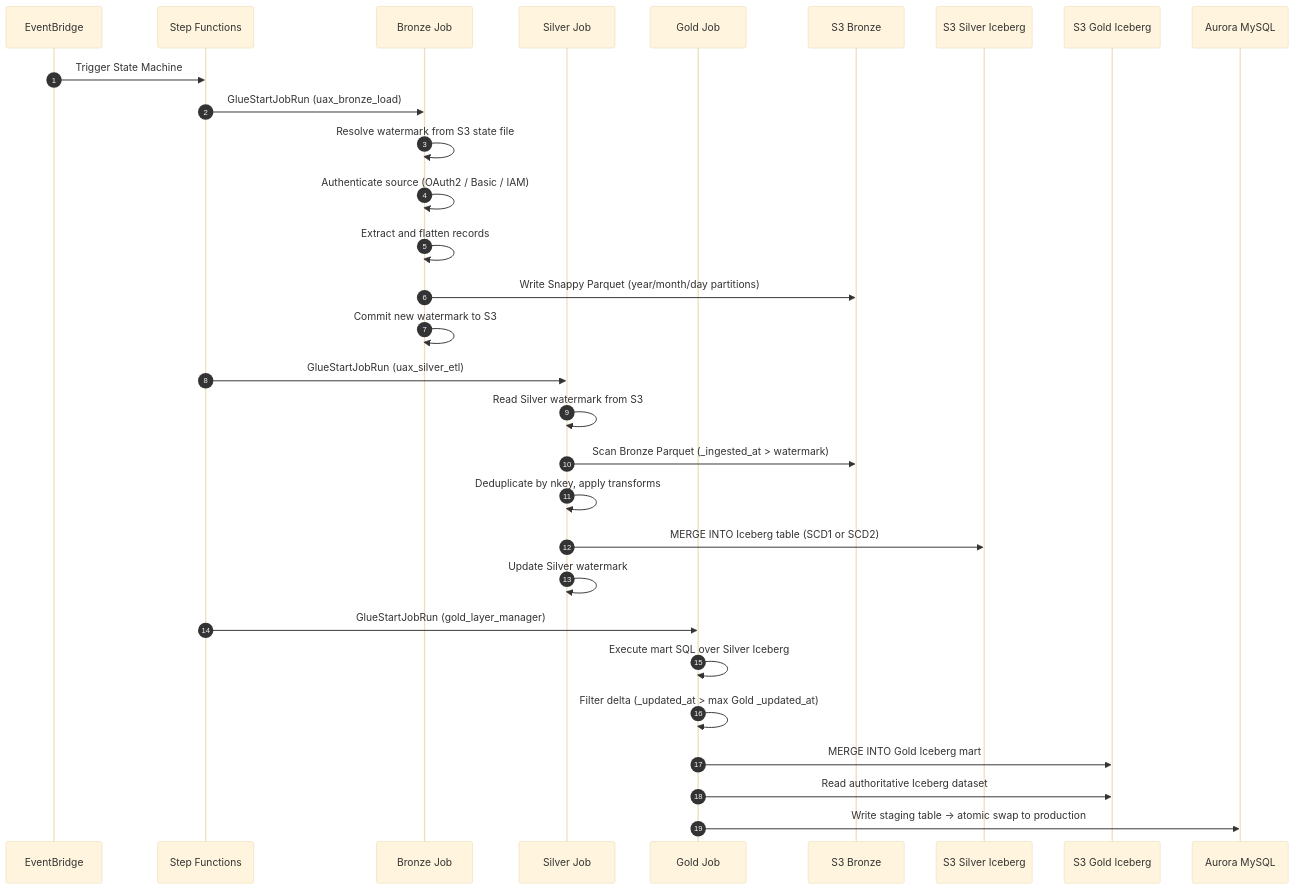
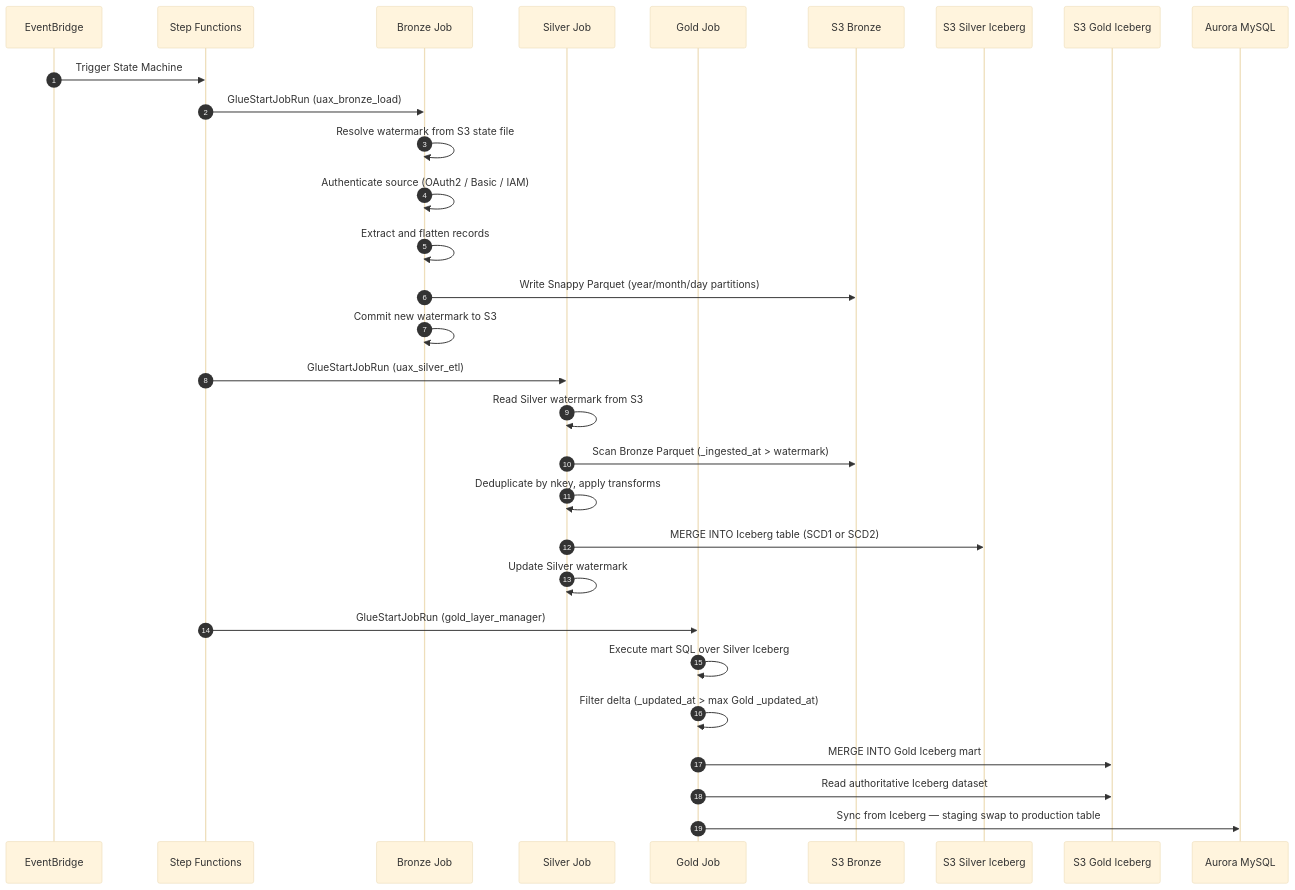
The second of 2 diagrams in docs/ARCHITECTURE.md (Nilkamal-m/Data-pipeline), drawn with Mermaid (base theme) before and after one commit. The commit also changed other lines of this file and 4 other files, not shown here.

First line of the commit message:
docs: fix gold flow, add max_target_partitions, correct is_current/is_deleted to Y/N strings

````diff
--- a/docs/ARCHITECTURE.md
+++ b/docs/ARCHITECTURE.md
@@ -132,35 +132,35 @@
 ```mermaid
 sequenceDiagram
     autonumber
     participant EB as EventBridge
     participant SF as Step Functions
     participant BZ as Bronze Job
     participant SV as Silver Job
     participant GD as Gold Job
     participant S3B as S3 Bronze
     participant S3S as S3 Silver Iceberg
     participant S3G as S3 Gold Iceberg
     participant AURORA as Aurora MySQL
 
     EB->>SF: Trigger State Machine
     SF->>BZ: GlueStartJobRun (uax_bronze_load)
     BZ->>BZ: Resolve watermark from S3 state file
     BZ->>BZ: Authenticate source (OAuth2 / Basic / IAM)
     BZ->>BZ: Extract and flatten records
     BZ->>S3B: Write Snappy Parquet (year/month/day partitions)
     BZ->>BZ: Commit new watermark to S3
 
     SF->>SV: GlueStartJobRun (uax_silver_etl)
     SV->>SV: Read Silver watermark from S3
     SV->>S3B: Scan Bronze Parquet (_ingested_at > watermark)
     SV->>SV: Deduplicate by nkey, apply transforms
     SV->>S3S: MERGE INTO Iceberg table (SCD1 or SCD2)
     SV->>SV: Update Silver watermark
 
     SF->>GD: GlueStartJobRun (gold_layer_manager)
     GD->>GD: Execute mart SQL over Silver Iceberg
     GD->>GD: Filter delta (_updated_at > max Gold _updated_at)
     GD->>S3G: MERGE INTO Gold Iceberg mart
     GD->>S3G: Read authoritative Iceberg dataset
-    GD->>AURORA: Write staging table -> atomic swap to production
+    GD->>AURORA: Sync from Iceberg — staging swap to production table
 ```
````
